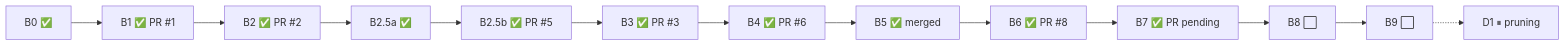
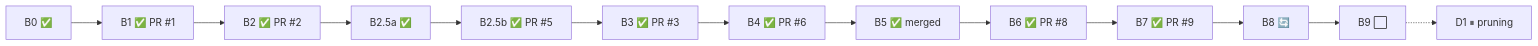
Before and after one commit to bhanot-99/NeuroPACA: the diagram in memory.md, drawn with Mermaid. The commit also changed other lines of this file and 2 other files, not shown here.

````diff
--- a/memory.md
+++ b/memory.md
@@ -15,5 +15,5 @@
 ```mermaid
 flowchart LR
-    B0["B0 ✅"] --> B1["B1 ✅ PR #1"] --> B2["B2 ✅ PR #2"] --> B25a["B2.5a ✅"] --> B25b["B2.5b ✅ PR #5"] --> B3["B3 ✅ PR #3"] --> B4["B4 ✅ PR #6"] --> B5["B5 ✅ merged"] --> B6["B6 ✅ PR #8"] --> B7["B7 ✅ PR pending"] --> B8["B8 ⬜"] --> B9["B9 ⬜"]
+    B0["B0 ✅"] --> B1["B1 ✅ PR #1"] --> B2["B2 ✅ PR #2"] --> B25a["B2.5a ✅"] --> B25b["B2.5b ✅ PR #5"] --> B3["B3 ✅ PR #3"] --> B4["B4 ✅ PR #6"] --> B5["B5 ✅ merged"] --> B6["B6 ✅ PR #8"] --> B7["B7 ✅ PR #9"] --> B8["B8 🔄"] --> B9["B9 ⬜"]
     B9 -.-> D1["D1 ⏸ pruning"]
 ```
````
